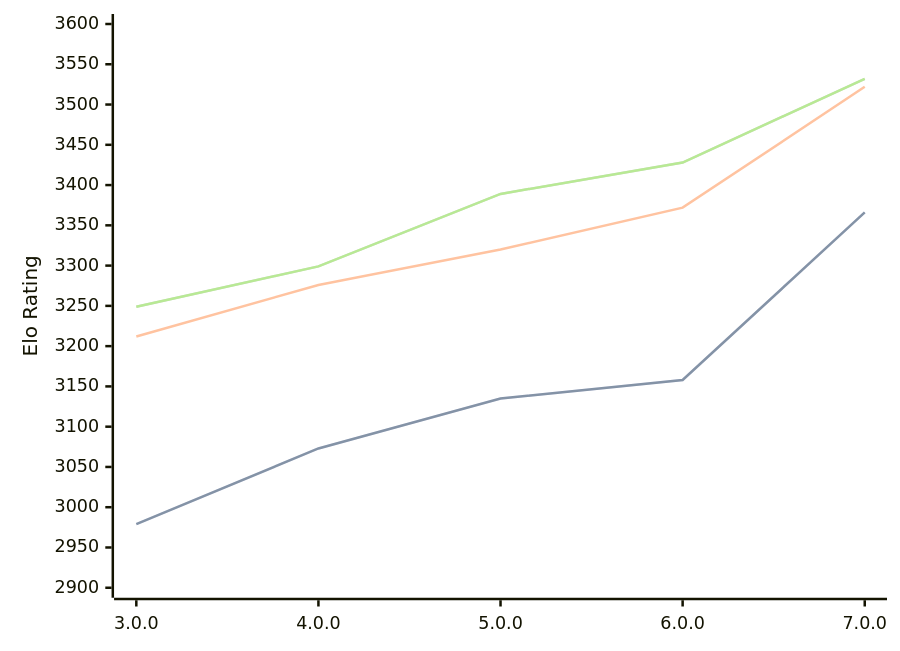
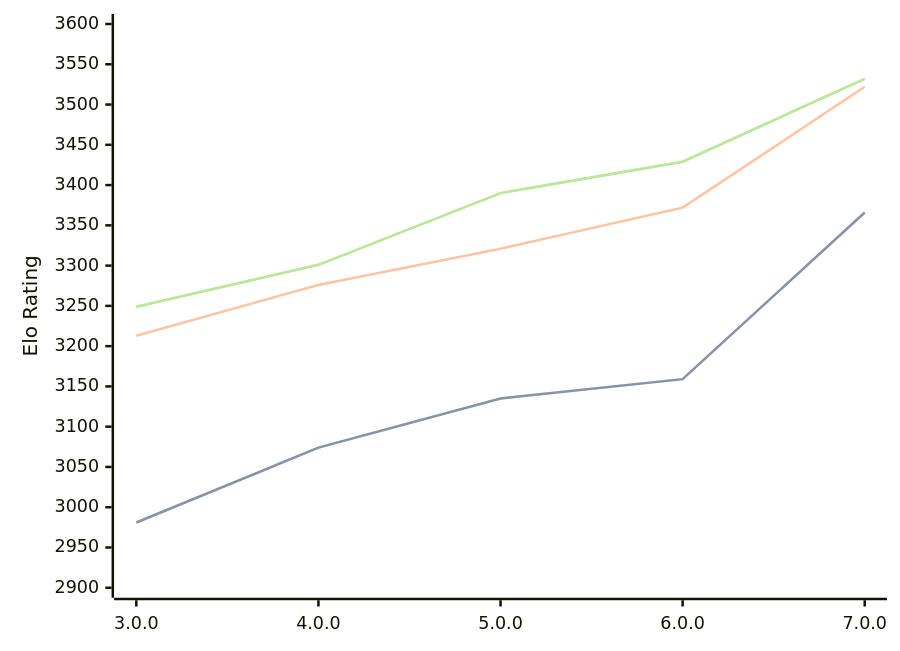
The diagram in engines/Minke.md (computer-chess-index/cci), drawn with Mermaid before and after one commit. The commit also changed other lines of this file, not shown here.

Commit message:
Update CCI Ratings (ELO VLTC) - 2026-09-13

````diff
--- a/engines/Minke.md
+++ b/engines/Minke.md
@@ -35,11 +35,11 @@
 ```mermaid
 %%{init: {"theme":"base","themeVariables":{"seriesColors:['#a3a3a3','#222221','#faa371']}}}%%
 xychart-beta
   x-axis ["3.0.0", "4.0.0", "5.0.0", "6.0.0", "7.0.0"]
   y-axis "Elo Rating" 2900 --> 3600
-  line "" [2979, 3073, 3135, 3158, 3366]
-  line "STC (8.0+0.08s)" [2979, 3073, 3135, 3158, 3366]
-  line "LTC (60.0+0.60s)" [3212, 3276, 3320, 3372, 3522]
-  line "" [3249, 3299, 3389, 3428, 3532]
-  line "VLTC (2m24s+1.12s)" [3249, 3299, 3389, 3428, 3532]
+  line "" [2981, 3074, 3135, 3159, 3366]
+  line "STC (8.0+0.08s)" [2981, 3074, 3135, 3159, 3366]
+  line "LTC (60.0+0.60s)" [3213, 3276, 3321, 3372, 3522]
+  line "" [3249, 3301, 3390, 3429, 3532]
+  line "VLTC (2m24s+1.12s)" [3249, 3301, 3390, 3429, 3532]
 ```
````
